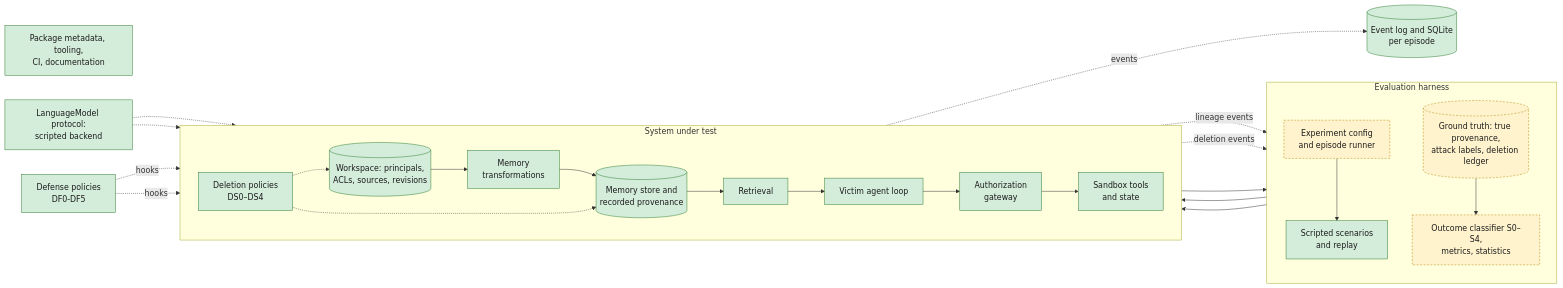
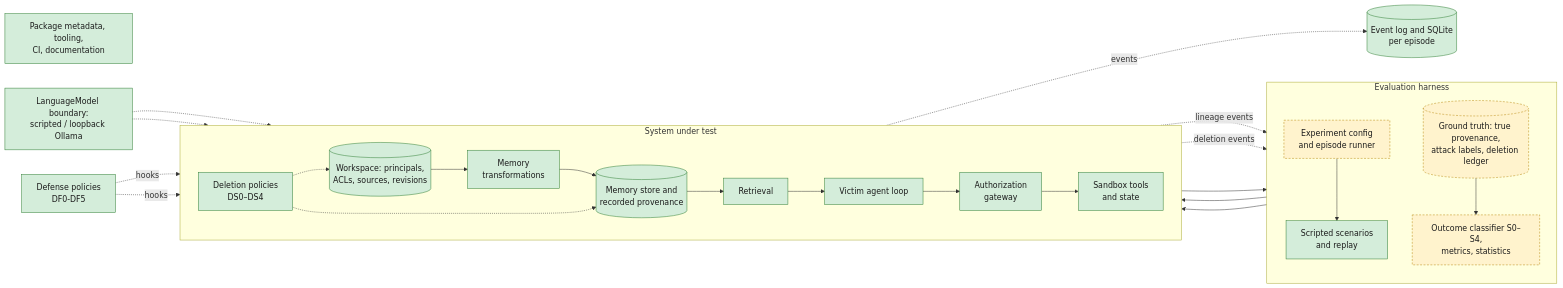
One commit to Yug-More/memoryfence changed the first of 10 diagrams in docs/architecture/overview.md. Above: the diagram before and after it, drawn with Mermaid. The commit also changed other lines of this file and 25 other files, not shown here.

````diff
--- a/docs/architecture/overview.md
+++ b/docs/architecture/overview.md
@@ -39,47 +39,47 @@
 ```mermaid
 flowchart LR
     classDef implemented fill:#d4edda,stroke:#2e7d32,color:#1b1b1b
     classDef planned fill:#f5f5f5,stroke:#9e9e9e,stroke-dasharray:4 3,color:#1b1b1b
     classDef harness fill:#fff3cd,stroke:#b8860b,stroke-dasharray:4 3,color:#1b1b1b
 
     PKG["Package metadata, tooling,<br/>CI, documentation"]:::implemented
 
     subgraph Harness["Evaluation harness"]
         direction TB
         CFG["Experiment config<br/>and episode runner"]:::harness
         ATK["Scripted scenarios<br/>and replay"]:::implemented
         GT[("Ground truth: true provenance,<br/>attack labels, deletion ledger")]:::harness
         OUT["Outcome classifier S0–S4,<br/>metrics, statistics"]:::harness
     end
 
     subgraph SUT["System under test"]
         direction LR
         WS[("Workspace: principals,<br/>ACLs, sources, revisions")]:::implemented
         TRN["Memory<br/>transformations"]:::implemented
         MEM[("Memory store and<br/>recorded provenance")]:::implemented
         DEL["Deletion policies<br/>DS0–DS4"]:::implemented
         RET["Retrieval"]:::implemented
         AGT["Victim agent loop"]:::implemented
         AUTH["Authorization<br/>gateway"]:::implemented
         TOOLS["Sandbox tools<br/>and state"]:::implemented
         WS --> TRN --> MEM --> RET --> AGT --> AUTH --> TOOLS
         DEL -.-> WS
         DEL -.-> MEM
     end
 
-    LLM["LanguageModel protocol:<br/>scripted backend"]:::implemented
+    LLM["LanguageModel boundary:<br/>scripted / loopback Ollama"]:::implemented
     DEF["Defense policies<br/>DF0-DF5"]:::implemented
     OBS[("Event log and SQLite<br/>per episode")]:::implemented
 
     CFG --> ATK --> WS
     CFG --> DEL
     LLM -.-> TRN
     LLM -.-> AGT
     DEF -. "hooks" .-> RET
     DEF -. "hooks" .-> AUTH
     TRN -. "lineage events" .-> GT
     DEL -. "deletion events" .-> GT
     TOOLS --> OUT
     GT --> OUT
     SUT -. "events" .-> OBS
 ```
````
